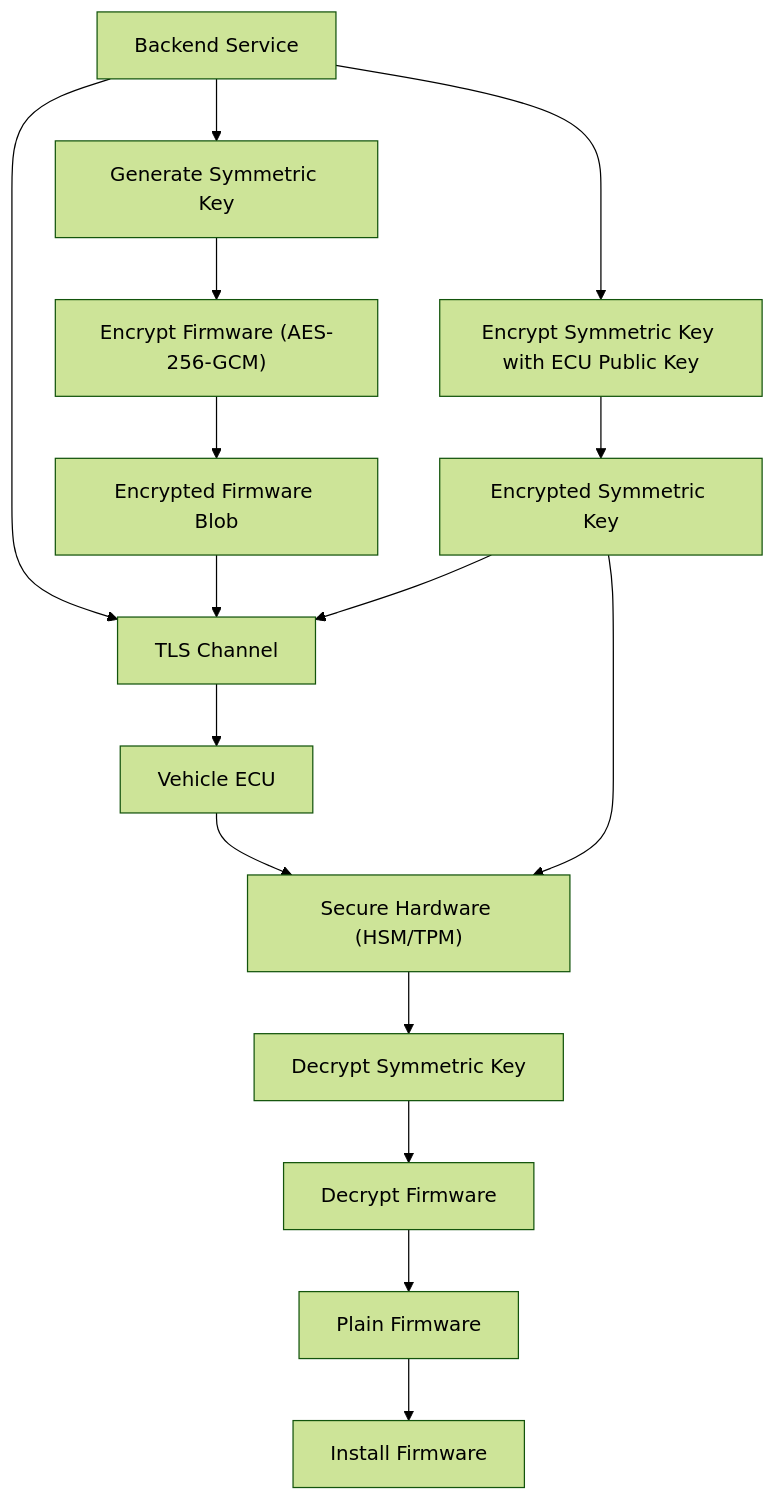
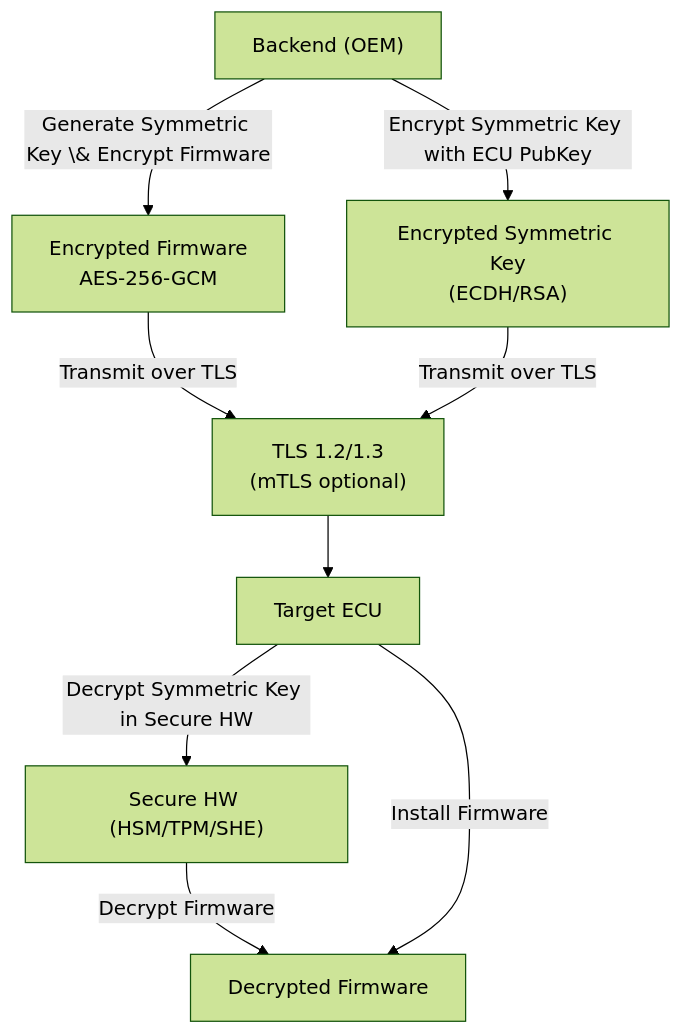
One commit to CagriCatik/Clarion changed the diagram in outputs/01_protection-eavesdrop_doc.md. Above: the diagram before and after it, drawn with Mermaid (forest theme). The commit also changed other lines of this file and 9 other files, not shown here.

````diff
--- a/outputs/01_protection-eavesdrop_doc.md
+++ b/outputs/01_protection-eavesdrop_doc.md
@@ -42,18 +43,19 @@
 ```mermaid
 graph TD
-    Backend["Backend Service"] --> TLS_Conn["TLS Channel"]
-    TLS_Conn --> ECU["Vehicle ECU"]
-    Backend --> Sym_Key_Gen["Generate Symmetric Key"]
-    Sym_Key_Gen --> Firmware_Enc["Encrypt Firmware (AES-256-GCM)"]
-    Firmware_Enc --> Encrypted_Firmware["Encrypted Firmware Blob"]
-    Backend --> PubKey_Enc["Encrypt Symmetric Key with ECU Public Key"]
-    PubKey_Enc --> Encrypted_Key["Encrypted Symmetric Key"]
-    Encrypted_Firmware --> TLS_Conn
-    Encrypted_Key --> TLS_Conn
-    ECU --> Secure_HW["Secure Hardware (HSM/TPM)"]
-    Encrypted_Key --> Secure_HW
-    Secure_HW --> Decrypted_Key["Decrypt Symmetric Key"]
-    Decrypted_Key --> Firmware_Dec["Decrypt Firmware"]
-    Firmware_Dec --> Firmware_Plain["Plain Firmware"]
-    Firmware_Plain --> Install["Install Firmware"]
+Backend["Backend (OEM)"]
+TLS_Tunnel["TLS 1.2/1.3\n(mTLS optional)"]
+EncryptedPayload["Encrypted Firmware\nAES-256-GCM"]
+EncryptedKey["Encrypted Symmetric Key\n(ECDH/RSA)"]
+ECU["Target ECU"]
+SecureHW["Secure HW (HSM/TPM/SHE)"]
+FirmwareDecrypted["Decrypted Firmware"]
+
+Backend -- "Generate Symmetric Key \& Encrypt Firmware" --> EncryptedPayload
+Backend -- "Encrypt Symmetric Key with ECU PubKey" --> EncryptedKey
+EncryptedPayload -- "Transmit over TLS" --> TLS_Tunnel
+EncryptedKey -- "Transmit over TLS" --> TLS_Tunnel
+TLS_Tunnel --> ECU
+ECU -- "Decrypt Symmetric Key in Secure HW" --> SecureHW
+SecureHW -- "Decrypt Firmware" --> FirmwareDecrypted
+ECU -- "Install Firmware" --> FirmwareDecrypted
 ```
````
